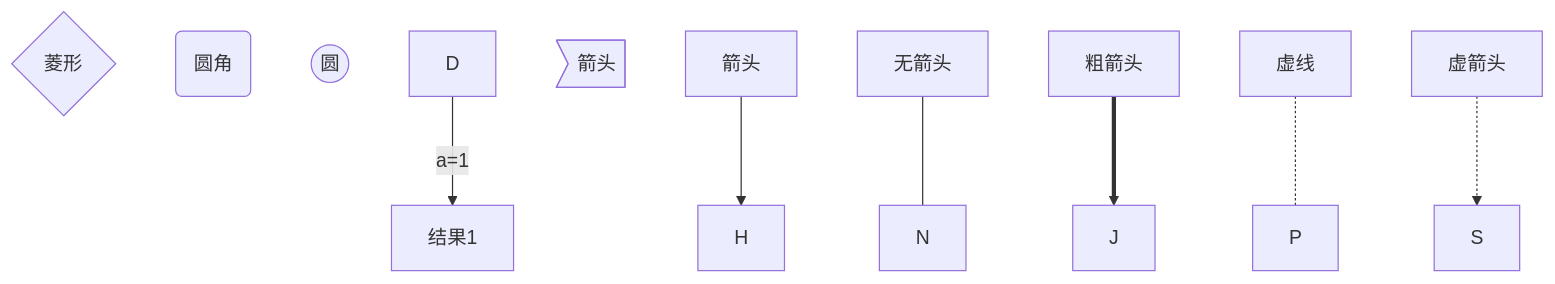
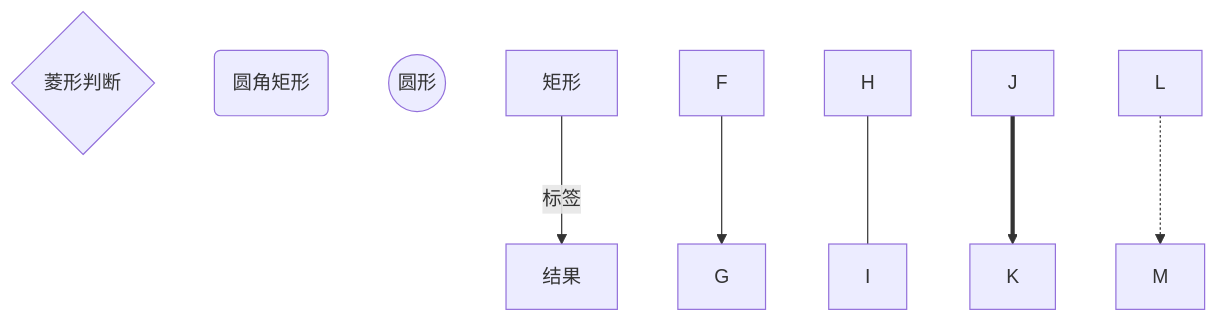
One commit to wly130/notes changed the first of 7 diagrams in Markdown语法.md. Above: the diagram before and after it, drawn with Mermaid. The commit also changed other lines of this file and 10 other files, not shown here.

````diff
--- a/Markdown语法.md
+++ b/Markdown语法.md
@@ -78,14 +336,11 @@
 ```mermaid
 graph TD;
-    A{菱形};
-    B(圆角);
-    C((圆));
-    D-->|a=1| E[结果1];
-    F>箭头];
-    
-    箭头-->H;
-    无箭头---N;
-    粗箭头==>J;
-    虚线-.-P;
-    虚箭头-.->S
+    A{菱形判断};
+    B(圆角矩形);
+    C((圆形));
+    D[矩形] --> |标签| E[结果];
+    F --> G;
+    H --- I;
+    J ==> K;
+    L -.-> M;
 ```
````
